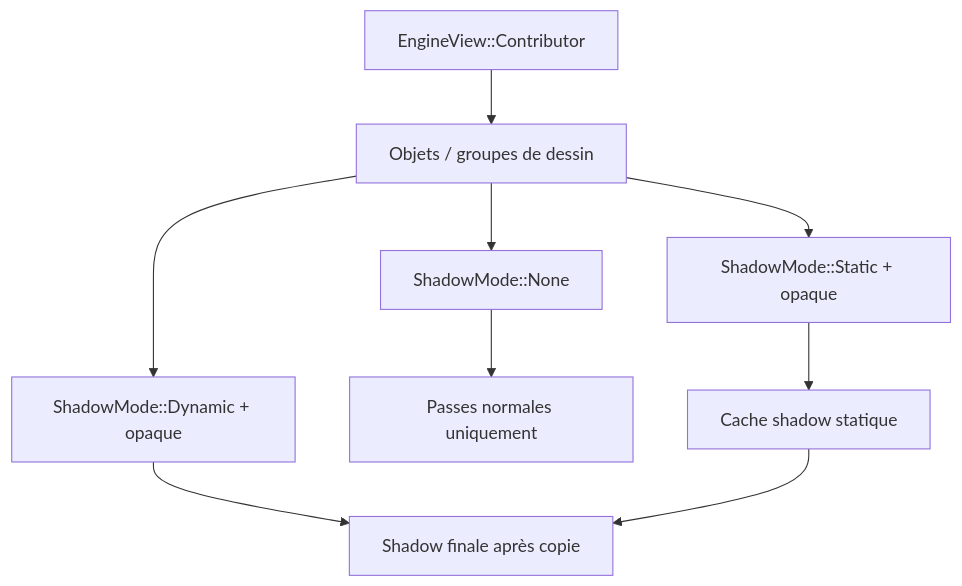
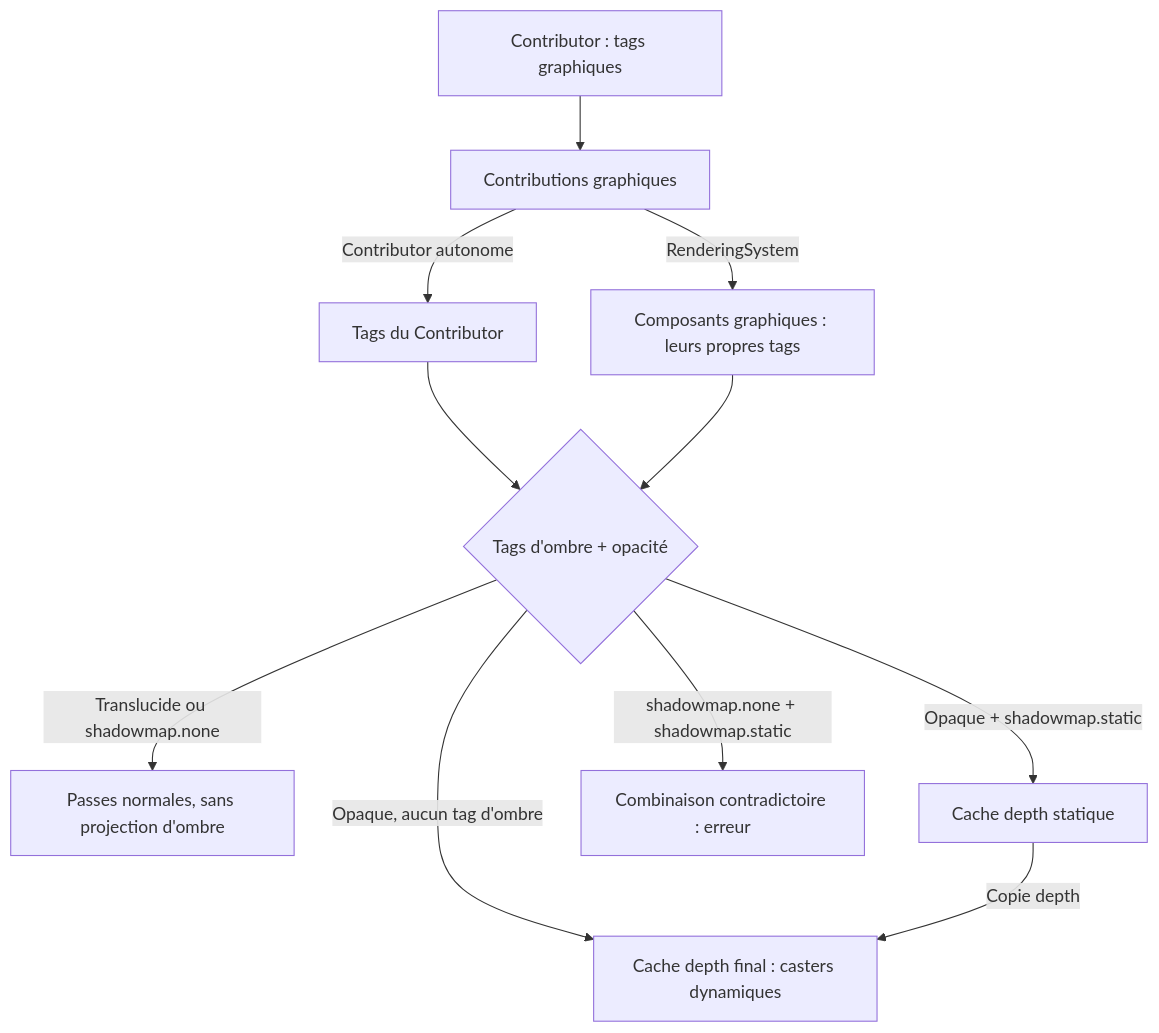
One commit to EreliaStudio/Sparkle changed diagram 12 of 13 in docs/voxel-engine-v0.1.4-specification.md. Above: the diagram before and after it, drawn with Mermaid. The commit also changed other lines of this file, not shown here.

Commit message:
docs(v0.1.4): replace ShadowMode with graphics tags, preserving layered view filtering

````diff
--- a/docs/voxel-engine-v0.1.4-specification.md
+++ b/docs/voxel-engine-v0.1.4-specification.md
@@ -1004,11 +1013,13 @@
 ```mermaid
 flowchart TD
-  Contributor["EngineView::Contributor"] --> Items["Objets / groupes de dessin"]
-  Items --> None["ShadowMode::None"]
-  Items --> Static["ShadowMode::Static + opaque"]
-  Items --> Dynamic["ShadowMode::Dynamic + opaque"]
-  None --> Normal["Passes normales uniquement"]
-  Static --> StaticMap["Cache shadow statique"]
-  Dynamic --> FinalMap["Shadow finale après copie"]
-  StaticMap --> FinalMap
+  Contributor["Contributor : tags graphiques"] --> Items["Contributions graphiques"]
+  Items -->|"Contributor autonome"| CT["Tags du Contributor"]
+  Items -->|"RenderingSystem"| RC["Composants graphiques : leurs propres tags"]
+  CT --> Check{"Tags d'ombre + opacité"}
+  RC --> Check
+  Check -->|"Translucide ou shadowmap.none"| Normal["Passes normales, sans projection d'ombre"]
+  Check -->|"Opaque + shadowmap.static"| StaticMap["Cache depth statique"]
+  Check -->|"Opaque, aucun tag d'ombre"| FinalMap["Cache depth final : casters dynamiques"]
+  Check -->|"shadowmap.none + shadowmap.static"| Conflict["Combinaison contradictoire : erreur"]
+  StaticMap -->|"Copie depth"| FinalMap
 ```
````
